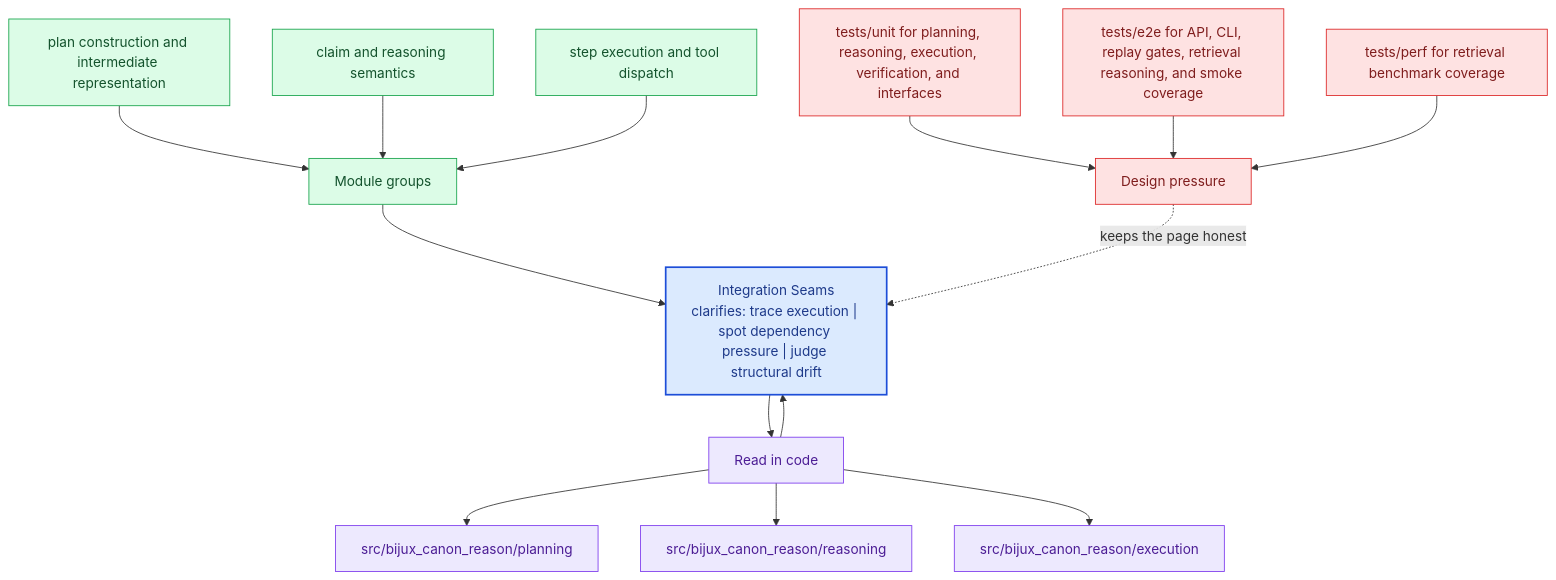
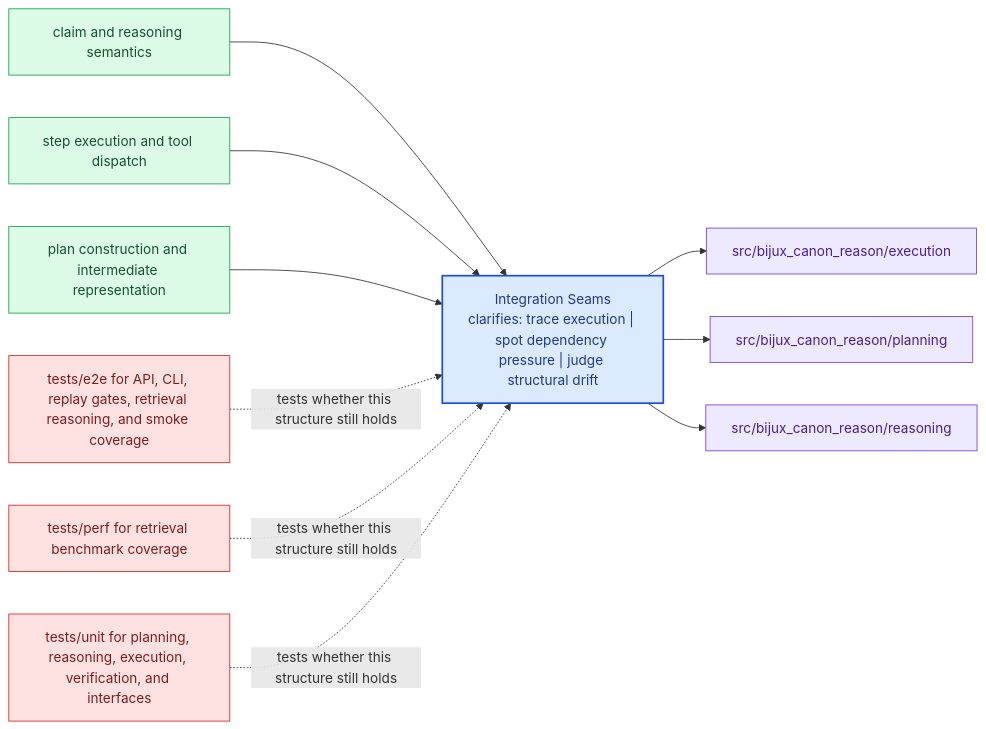
One commit to bijux/bijux-canon changed the diagram in docs/bijux-canon-reason/architecture/integration-seams.md. Above: the diagram before and after it, drawn with Mermaid. The commit also changed other lines of this file and 281 other files, not shown here.

Commit message:
docs(diagrams): replace repeated mermaid scaffolds with page-specific summaries

````diff
--- a/docs/bijux-canon-reason/architecture/integration-seams.md
+++ b/docs/bijux-canon-reason/architecture/integration-seams.md
@@ -68,40 +23,31 @@
 ```mermaid
-flowchart TB
-    promise["Integration Seams<br/>clarifies: trace execution | spot dependency pressure | judge structural drift"]
-    classDef promise fill:#dbeafe,stroke:#1d4ed8,color:#1e3a8a,stroke-width:2px;
-    classDef driver fill:#dcfce7,stroke:#16a34a,color:#14532d;
-    classDef constraint fill:#fee2e2,stroke:#dc2626,color:#7f1d1d;
-    classDef ground fill:#ede9fe,stroke:#7c3aed,color:#4c1d95;
-    focus1["Module groups"]
-    focus1 --> promise
-    focus1_1["plan construction and intermediate representation"]
-    focus1_1 --> focus1
-    focus1_2["claim and reasoning semantics"]
-    focus1_2 --> focus1
-    focus1_3["step execution and tool dispatch"]
-    focus1_3 --> focus1
-    class focus1 driver;
-    class focus1_1,focus1_2,focus1_3 driver;
-    focus2["Read in code"]
-    focus2 --> promise
-    promise --> focus2
-    focus2_1["src/bijux_canon_reason/planning"]
-    focus2 --> focus2_1
-    focus2_2["src/bijux_canon_reason/reasoning"]
-    focus2 --> focus2_2
-    focus2_3["src/bijux_canon_reason/execution"]
-    focus2 --> focus2_3
-    class focus2 ground;
-    class focus2_1,focus2_2,focus2_3 ground;
-    focus3["Design pressure"]
-    focus3 -.keeps the page honest.-> promise
-    focus3_1["tests/unit for planning, reasoning, execution, verification, and interfaces"]
-    focus3_1 --> focus3
-    focus3_2["tests/e2e for API, CLI, replay gates, retrieval reasoning, and smoke coverage"]
-    focus3_2 --> focus3
-    focus3_3["tests/perf for retrieval benchmark coverage"]
-    focus3_3 --> focus3
-    class focus3 constraint;
-    class focus3_1,focus3_2,focus3_3 constraint;
-    class promise promise;
+flowchart LR
+    page["Integration Seams<br/>clarifies: trace execution | spot dependency pressure | judge structural drift"]
+    classDef page fill:#dbeafe,stroke:#1d4ed8,color:#1e3a8a,stroke-width:2px;
+    classDef positive fill:#dcfce7,stroke:#16a34a,color:#14532d;
+    classDef caution fill:#fee2e2,stroke:#dc2626,color:#7f1d1d;
+    classDef anchor fill:#ede9fe,stroke:#7c3aed,color:#4c1d95;
+    classDef action fill:#fef3c7,stroke:#d97706,color:#7c2d12;
+    module1["claim and reasoning semantics"]
+    module1 --> page
+    module2["step execution and tool dispatch"]
+    module2 --> page
+    module3["plan construction and intermediate representation"]
+    module3 --> page
+    code1["src/bijux_canon_reason/execution"]
+    page --> code1
+    code2["src/bijux_canon_reason/planning"]
+    page --> code2
+    code3["src/bijux_canon_reason/reasoning"]
+    page --> code3
+    pressure1["tests/e2e for API, CLI, replay gates, retrieval reasoning, and smoke coverage"]
+    pressure1 -.tests whether this structure still holds.-> page
+    pressure2["tests/perf for retrieval benchmark coverage"]
+    pressure2 -.tests whether this structure still holds.-> page
+    pressure3["tests/unit for planning, reasoning, execution, verification, and interfaces"]
+    pressure3 -.tests whether this structure still holds.-> page
+    class page page;
+    class module1,module2,module3 positive;
+    class code1,code2,code3 anchor;
+    class pressure1,pressure2,pressure3 caution;
 ```
````
